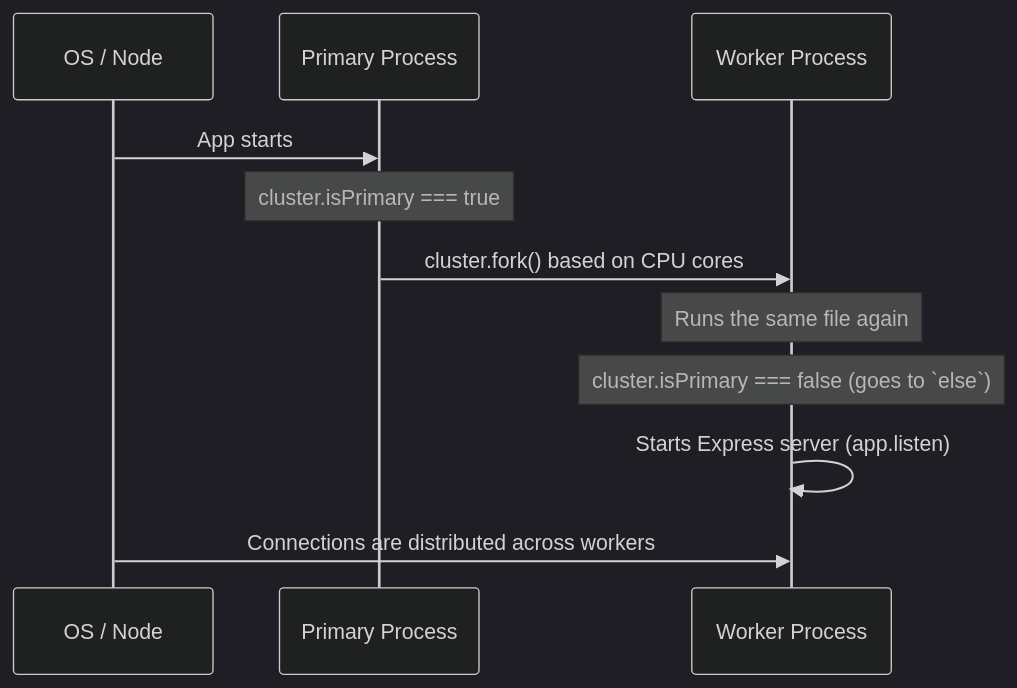
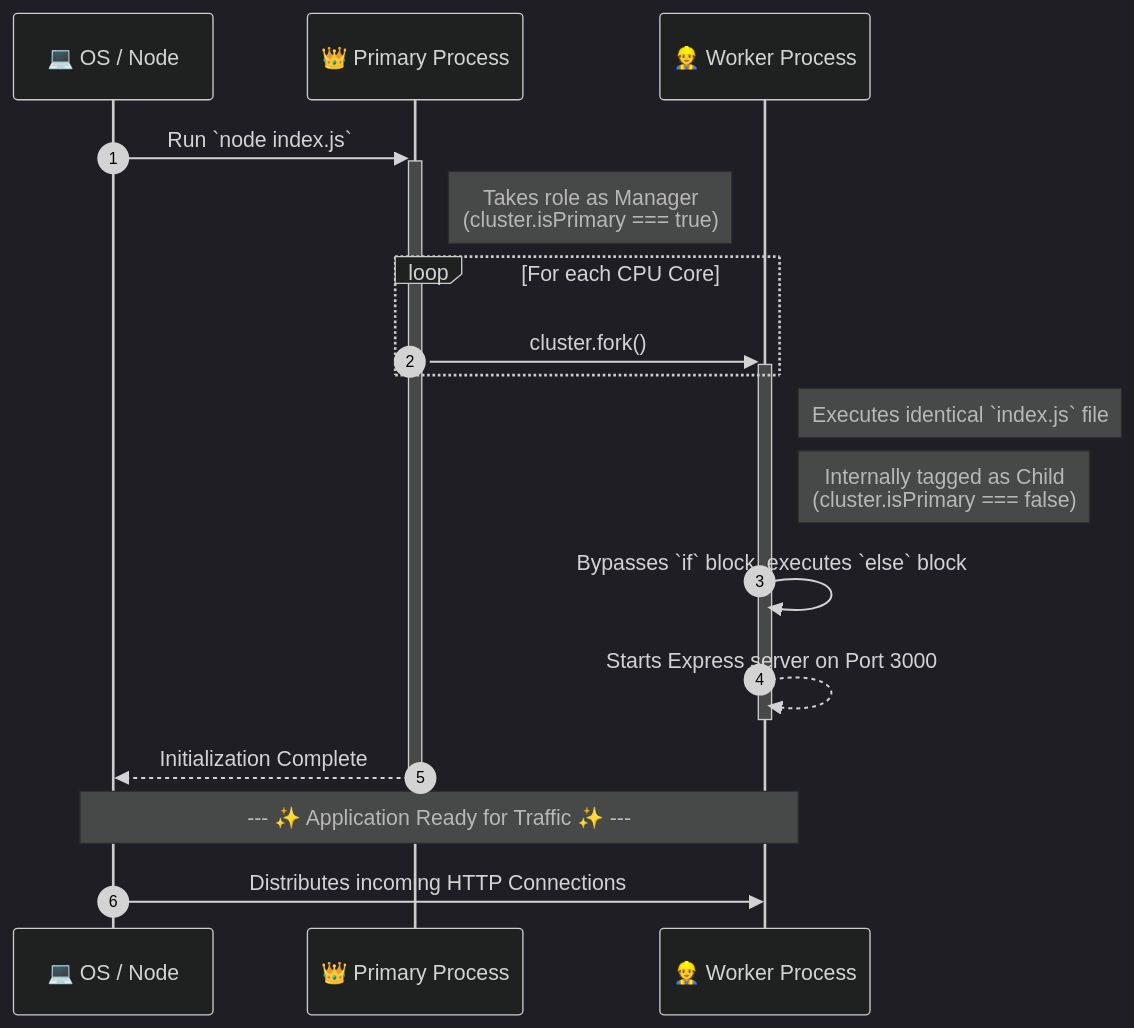
Before and after one commit to sharafath-ali/node-performance-experiments: the second of 2 diagrams in cluster-example/README.md, drawn with Mermaid (dark theme). The commit also changed other lines of this file, not shown here.

Commit message:
docs: add README explaining Node.js clustering architecture and best practices

````diff
--- a/cluster-example/README.md
+++ b/cluster-example/README.md
@@ -40,14 +40,26 @@
 ```mermaid
 sequenceDiagram
-    participant OS as OS / Node
-    participant Primary as Primary Process
-    participant Worker as Worker Process
+    autonumber
+    participant OS as 💻 OS / Node
+    participant Primary as 👑 Primary Process
+    participant Worker as 👷 Worker Process
     
-    OS->>Primary: App starts
-    Note over Primary: cluster.isPrimary === true
-    Primary->>Worker: cluster.fork() based on CPU cores
-    Note over Worker: Runs the same file again
-    Note over Worker: cluster.isPrimary === false (goes to `else`)
-    Worker->>Worker: Starts Express server (app.listen)
-    OS->>Worker: Connections are distributed across workers
+    OS->>+Primary: Run `node index.js`
+    Note right of Primary: Takes role as Manager<br/>(cluster.isPrimary === true)
+    
+    loop For each CPU Core
+        Primary->>+Worker: cluster.fork()
+    end
+    
+    Note right of Worker: Executes identical `index.js` file
+    Note right of Worker: Internally tagged as Child<br/>(cluster.isPrimary === false)
+    
+    Worker->>Worker: Bypasses `if` block, executes `else` block
+    Worker-->>-Worker: Starts Express server on Port 3000
+
+    Primary-->>-OS: Initialization Complete
+    
+    Note over OS,Worker: --- ✨ Application Ready for Traffic ✨ ---
+    
+    OS->>Worker: Distributes incoming HTTP Connections
 ```
````
